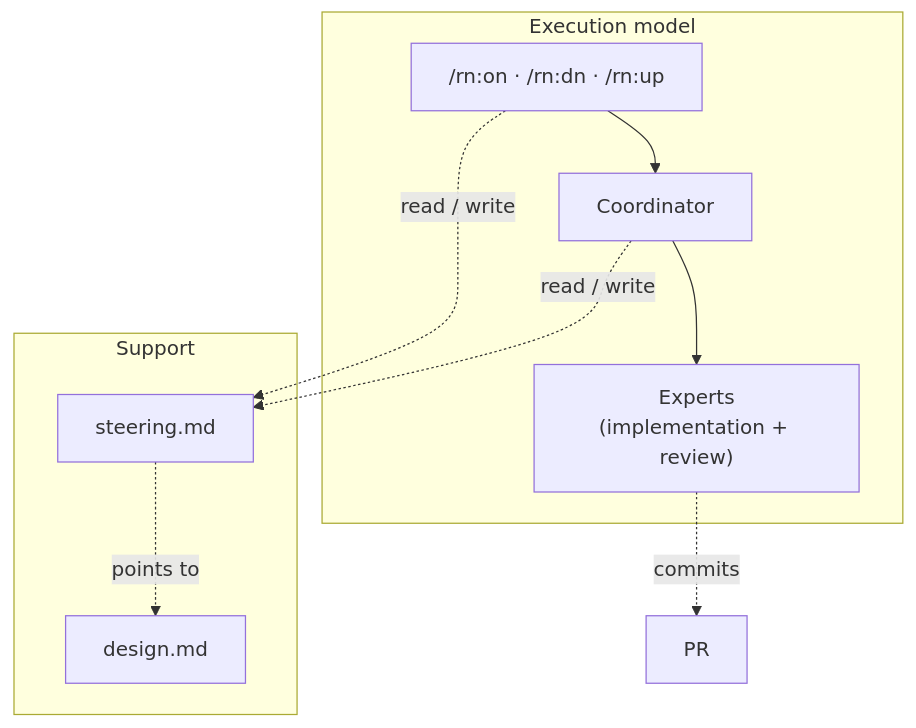
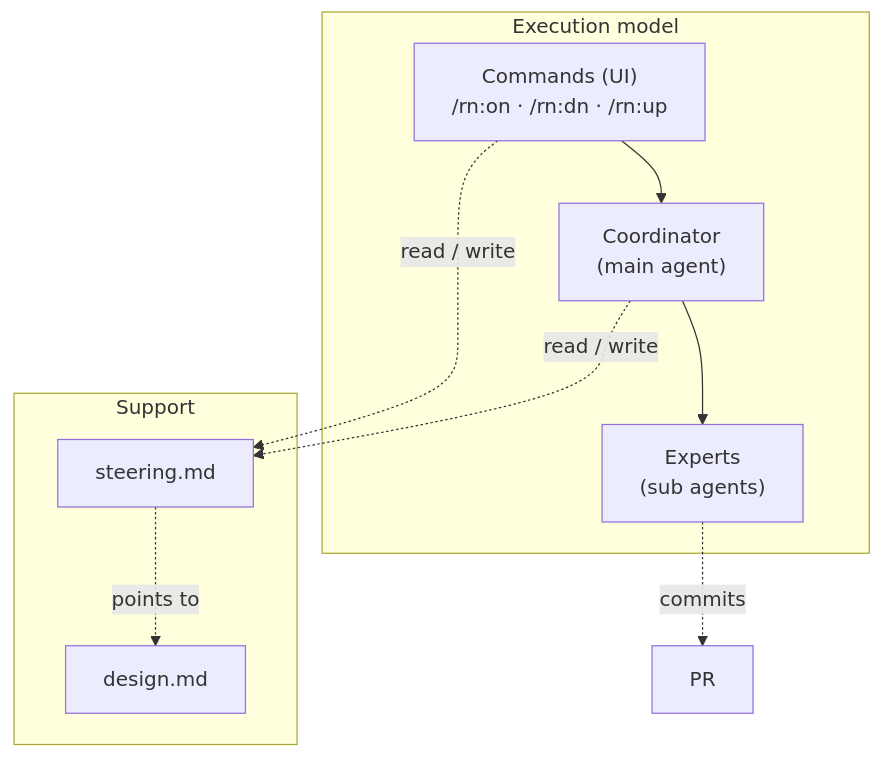
One commit to lovaizu/ccpm changed the first of 2 diagrams in rn/docs/design.md. Above: the diagram before and after it, drawn with Mermaid. The commit also changed other lines of this file, not shown here.

First line of the commit message:
docs(rn): Flow as a diagram; Structure foregrounds role types, drop prose that duplicates figures

````diff
--- a/rn/docs/design.md
+++ b/rn/docs/design.md
@@ -31,13 +28,13 @@
 ```mermaid
 flowchart TD
   subgraph execution["Execution model"]
-    cmd["/rn:on · /rn:dn · /rn:up"] --> coord["Coordinator"]
-    coord --> exp["Experts<br/>(implementation + review)"]
+    cmd["Commands (UI)<br/>/rn:on · /rn:dn · /rn:up"] --> coord["Coordinator<br/>(main agent)"]
+    coord --> exp["Experts<br/>(sub agents)"]
   end
   subgraph support["Support"]
     steer["steering.md"] -. points to .-> dsgn["design.md"]
   end
   cmd -. read / write .-> steer
   coord -. read / write .-> steer
   exp -. commits .-> pr["PR"]
 ```
````
